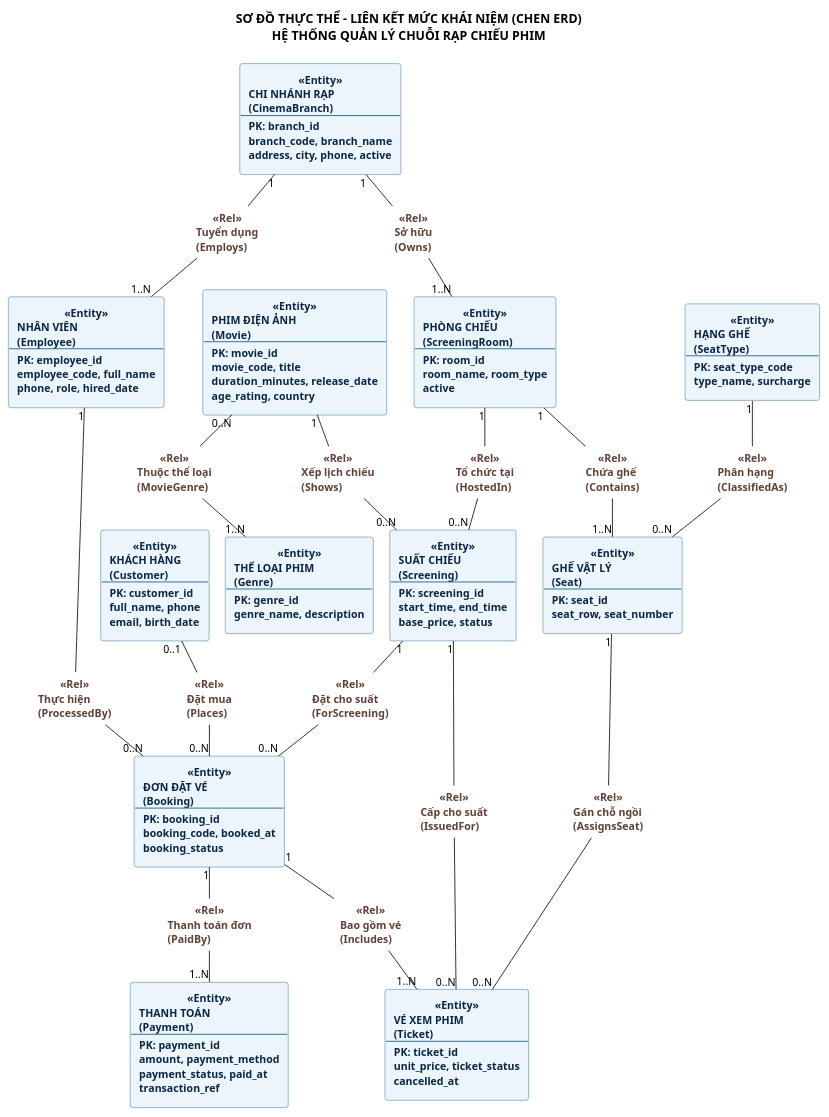
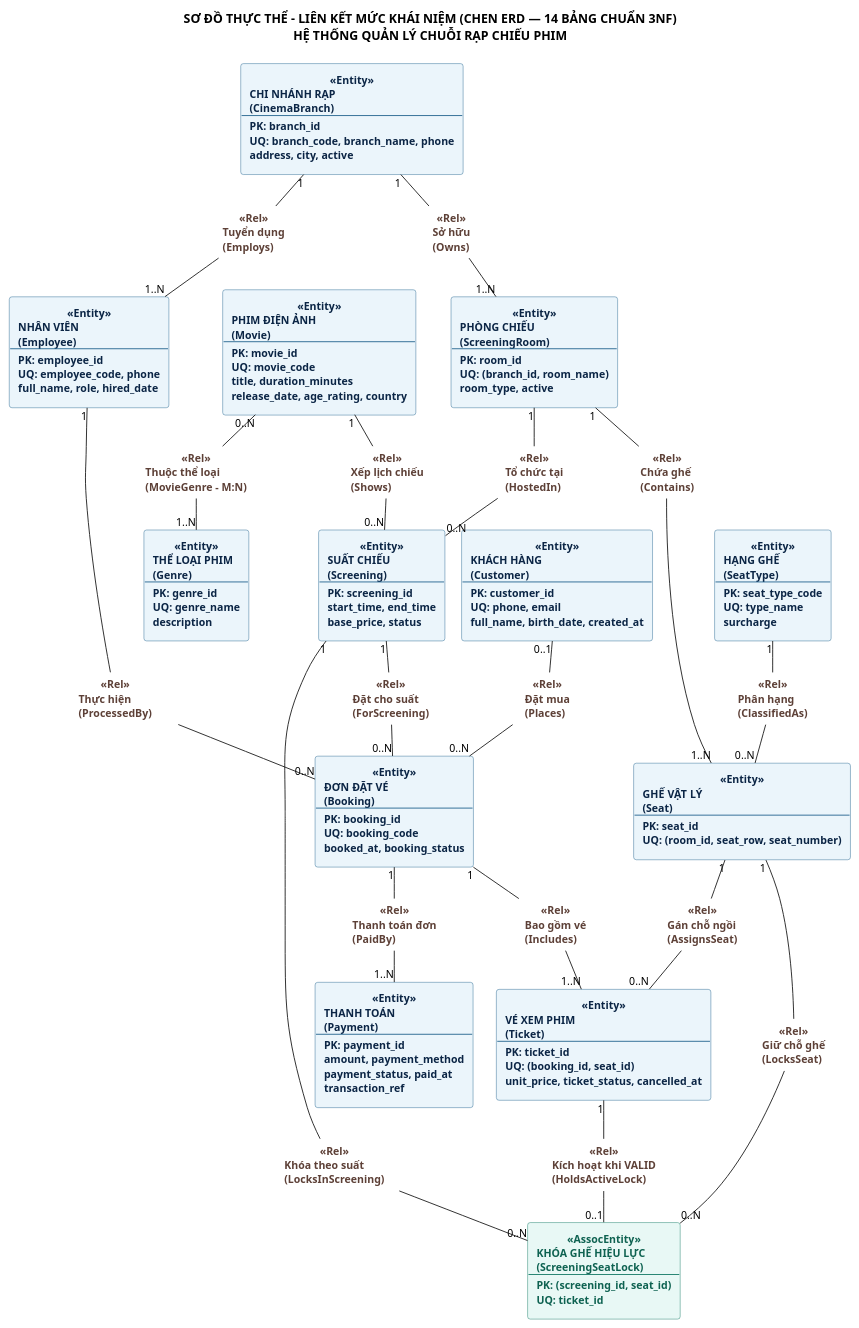
Before and after one commit to lnb2x/quan-ly-chuoi-rap-phim: the diagram in docs/erd/erd-chen.puml, drawn with PlantUML. The commit also changed 110 other files, not shown here.

Commit message:
Complete 3NF schema and MySQL demo verification

```diff
--- a/docs/erd/erd-chen.puml
+++ b/docs/erd/erd-chen.puml
@@ -1,95 +1,108 @@
 @startuml erd-chen
 !pragma layout smetana
 skinparam backgroundColor #FFFFFF
 skinparam defaultFontName "Arial"
 skinparam defaultFontSize 12
 skinparam shadowing false
 skinparam roundCorner 6
 
-title SƠ ĐỒ THỰC THỂ – LIÊN KẾT MỨC KHÁI NIỆM (CHEN ERD)\nHỆ THỐNG QUẢN LÝ CHUỖI RẠP CHIẾU PHIM
+title SƠ ĐỒ THỰC THỂ – LIÊN KẾT MỨC KHÁI NIỆM (CHEN ERD — 14 BẢNG CHUẨN 3NF)\nHỆ THỐNG QUẢN LÝ CHUỖI RẠP CHIẾU PHIM
 
 skinparam rectangle {
   BackgroundColor<<Entity>> #EBF5FB
   BorderColor<<Entity>> #1F618D
   FontColor<<Entity>> #0B2545
   FontStyle<<Entity>> bold
+  BackgroundColor<<AssocEntity>> #E8F8F5
+  BorderColor<<AssocEntity>> #117864
+  FontColor<<AssocEntity>> #0E6251
+  FontStyle<<AssocEntity>> bold
 }
 
 skinparam hexagon {
   BackgroundColor<<Rel>> #FEF9E7
   BorderColor<<Rel>> #B7950B
   FontColor<<Rel>> #5D4037
   FontStyle<<Rel>> bold
 }
 
-rectangle "CHI NHÁNH RẠP\n(CinemaBranch)\n---\nPK: branch_id\nbranch_code, branch_name\naddress, city, phone, active" <<Entity>> as E_BRANCH
-rectangle "PHÒNG CHIẾU\n(ScreeningRoom)\n---\nPK: room_id\nroom_name, room_type\nactive" <<Entity>> as E_ROOM
-rectangle "HẠNG GHẾ\n(SeatType)\n---\nPK: seat_type_code\ntype_name, surcharge" <<Entity>> as E_SEAT_TYPE
-rectangle "GHẾ VẬT LÝ\n(Seat)\n---\nPK: seat_id\nseat_row, seat_number" <<Entity>> as E_SEAT
-rectangle "PHIM ĐIỆN ẢNH\n(Movie)\n---\nPK: movie_id\nmovie_code, title\nduration_minutes, release_date\nage_rating, country" <<Entity>> as E_MOVIE
-rectangle "THỂ LOẠI PHIM\n(Genre)\n---\nPK: genre_id\ngenre_name, description" <<Entity>> as E_GENRE
+rectangle "CHI NHÁNH RẠP\n(CinemaBranch)\n---\nPK: branch_id\nUQ: branch_code, branch_name, phone\naddress, city, active" <<Entity>> as E_BRANCH
+rectangle "PHÒNG CHIẾU\n(ScreeningRoom)\n---\nPK: room_id\nUQ: (branch_id, room_name)\nroom_type, active" <<Entity>> as E_ROOM
+rectangle "HẠNG GHẾ\n(SeatType)\n---\nPK: seat_type_code\nUQ: type_name\nsurcharge" <<Entity>> as E_SEAT_TYPE
+rectangle "GHẾ VẬT LÝ\n(Seat)\n---\nPK: seat_id\nUQ: (room_id, seat_row, seat_number)" <<Entity>> as E_SEAT
+rectangle "PHIM ĐIỆN ẢNH\n(Movie)\n---\nPK: movie_id\nUQ: movie_code\ntitle, duration_minutes\nrelease_date, age_rating, country" <<Entity>> as E_MOVIE
+rectangle "THỂ LOẠI PHIM\n(Genre)\n---\nPK: genre_id\nUQ: genre_name\ndescription" <<Entity>> as E_GENRE
 rectangle "SUẤT CHIẾU\n(Screening)\n---\nPK: screening_id\nstart_time, end_time\nbase_price, status" <<Entity>> as E_SCREENING
-rectangle "KHÁCH HÀNG\n(Customer)\n---\nPK: customer_id\nfull_name, phone\nemail, birth_date" <<Entity>> as E_CUSTOMER
-rectangle "NHÂN VIÊN\n(Employee)\n---\nPK: employee_id\nemployee_code, full_name\nphone, role, hired_date" <<Entity>> as E_EMPLOYEE
-rectangle "ĐƠN ĐẶT VÉ\n(Booking)\n---\nPK: booking_id\nbooking_code, booked_at\nbooking_status" <<Entity>> as E_BOOKING
-rectangle "VÉ XEM PHIM\n(Ticket)\n---\nPK: ticket_id\nunit_price, ticket_status\ncancelled_at" <<Entity>> as E_TICKET
+rectangle "KHÁCH HÀNG\n(Customer)\n---\nPK: customer_id\nUQ: phone, email\nfull_name, birth_date, created_at" <<Entity>> as E_CUSTOMER
+rectangle "NHÂN VIÊN\n(Employee)\n---\nPK: employee_id\nUQ: employee_code, phone\nfull_name, role, hired_date" <<Entity>> as E_EMPLOYEE
+rectangle "ĐƠN ĐẶT VÉ\n(Booking)\n---\nPK: booking_id\nUQ: booking_code\nbooked_at, booking_status" <<Entity>> as E_BOOKING
+rectangle "VÉ XEM PHIM\n(Ticket)\n---\nPK: ticket_id\nUQ: (booking_id, seat_id)\nunit_price, ticket_status, cancelled_at" <<Entity>> as E_TICKET
+rectangle "KHÓA GHẾ HIỆU LỰC\n(ScreeningSeatLock)\n---\nPK: (screening_id, seat_id)\nUQ: ticket_id" <<AssocEntity>> as E_SEAT_LOCK
 rectangle "THANH TOÁN\n(Payment)\n---\nPK: payment_id\namount, payment_method\npayment_status, paid_at\ntransaction_ref" <<Entity>> as E_PAYMENT
 
 hexagon "Sở hữu\n(Owns)" <<Rel>> as R_BRANCH_ROOM
 hexagon "Tuyển dụng\n(Employs)" <<Rel>> as R_BRANCH_EMP
 hexagon "Chứa ghế\n(Contains)" <<Rel>> as R_ROOM_SEAT
 hexagon "Phân hạng\n(ClassifiedAs)" <<Rel>> as R_TYPE_SEAT
-hexagon "Thuộc thể loại\n(MovieGenre)" <<Rel>> as R_MOVIE_GENRE
+hexagon "Thuộc thể loại\n(MovieGenre - M:N)" <<Rel>> as R_MOVIE_GENRE
 hexagon "Xếp lịch chiếu\n(Shows)" <<Rel>> as R_MOVIE_SCR
 hexagon "Tổ chức tại\n(HostedIn)" <<Rel>> as R_ROOM_SCR
 hexagon "Đặt mua\n(Places)" <<Rel>> as R_CUST_BOOK
 hexagon "Thực hiện\n(ProcessedBy)" <<Rel>> as R_EMP_BOOK
 hexagon "Đặt cho suất\n(ForScreening)" <<Rel>> as R_SCR_BOOK
 hexagon "Bao gồm vé\n(Includes)" <<Rel>> as R_BOOK_TICKET
-hexagon "Cấp cho suất\n(IssuedFor)" <<Rel>> as R_SCR_TICKET
 hexagon "Gán chỗ ngồi\n(AssignsSeat)" <<Rel>> as R_SEAT_TICKET
+hexagon "Khóa theo suất\n(LocksInScreening)" <<Rel>> as R_LOCK_SCR
+hexagon "Giữ chỗ ghế\n(LocksSeat)" <<Rel>> as R_LOCK_SEAT
+hexagon "Kích hoạt khi VALID\n(HoldsActiveLock)" <<Rel>> as R_LOCK_TICKET
 hexagon "Thanh toán đơn\n(PaidBy)" <<Rel>> as R_BOOK_PAY
 
 E_BRANCH "1" -- R_BRANCH_ROOM
 R_BRANCH_ROOM -- "1..N" E_ROOM
 
 E_BRANCH "1" -- R_BRANCH_EMP
 R_BRANCH_EMP -- "1..N" E_EMPLOYEE
 
 E_ROOM "1" -- R_ROOM_SEAT
 R_ROOM_SEAT -- "1..N" E_SEAT
 
 E_SEAT_TYPE "1" -- R_TYPE_SEAT
 R_TYPE_SEAT -- "0..N" E_SEAT
 
 E_MOVIE "0..N" -- R_MOVIE_GENRE
 R_MOVIE_GENRE -- "1..N" E_GENRE
 
 E_MOVIE "1" -- R_MOVIE_SCR
 R_MOVIE_SCR -- "0..N" E_SCREENING
 
 E_ROOM "1" -- R_ROOM_SCR
 R_ROOM_SCR -- "0..N" E_SCREENING
 
 E_CUSTOMER "0..1" -- R_CUST_BOOK
 R_CUST_BOOK -- "0..N" E_BOOKING
 
 E_EMPLOYEE "1" -- R_EMP_BOOK
 R_EMP_BOOK -- "0..N" E_BOOKING
 
 E_SCREENING "1" -- R_SCR_BOOK
 R_SCR_BOOK -- "0..N" E_BOOKING
 
 E_BOOKING "1" -- R_BOOK_TICKET
 R_BOOK_TICKET -- "1..N" E_TICKET
 
-E_SCREENING "1" -- R_SCR_TICKET
-R_SCR_TICKET -- "0..N" E_TICKET
-
 E_SEAT "1" -- R_SEAT_TICKET
 R_SEAT_TICKET -- "0..N" E_TICKET
+
+E_SCREENING "1" -- R_LOCK_SCR
+R_LOCK_SCR -- "0..N" E_SEAT_LOCK
+
+E_SEAT "1" -- R_LOCK_SEAT
+R_LOCK_SEAT -- "0..N" E_SEAT_LOCK
+
+E_TICKET "1" -- R_LOCK_TICKET
+R_LOCK_TICKET -- "0..1" E_SEAT_LOCK
 
 E_BOOKING "1" -- R_BOOK_PAY
 R_BOOK_PAY -- "1..N" E_PAYMENT
 
 @enduml
```
